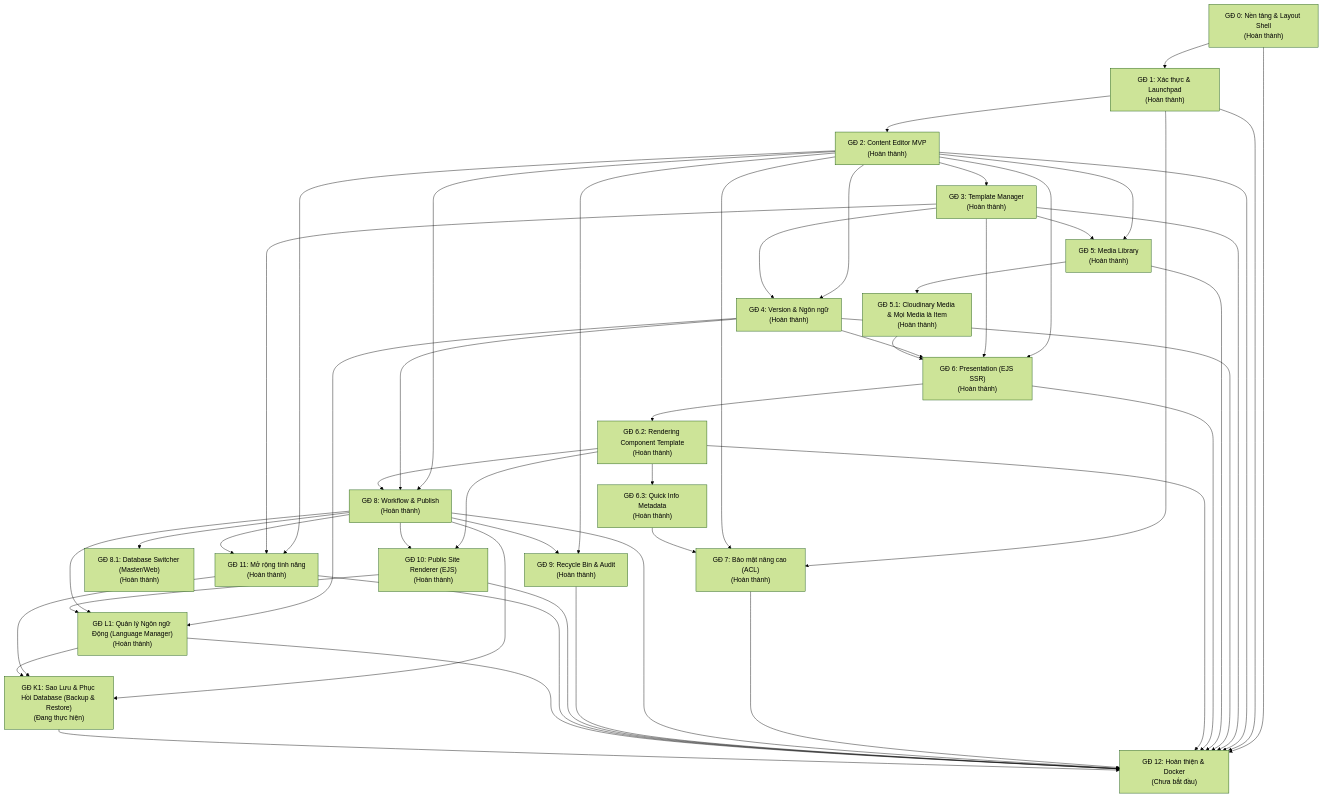
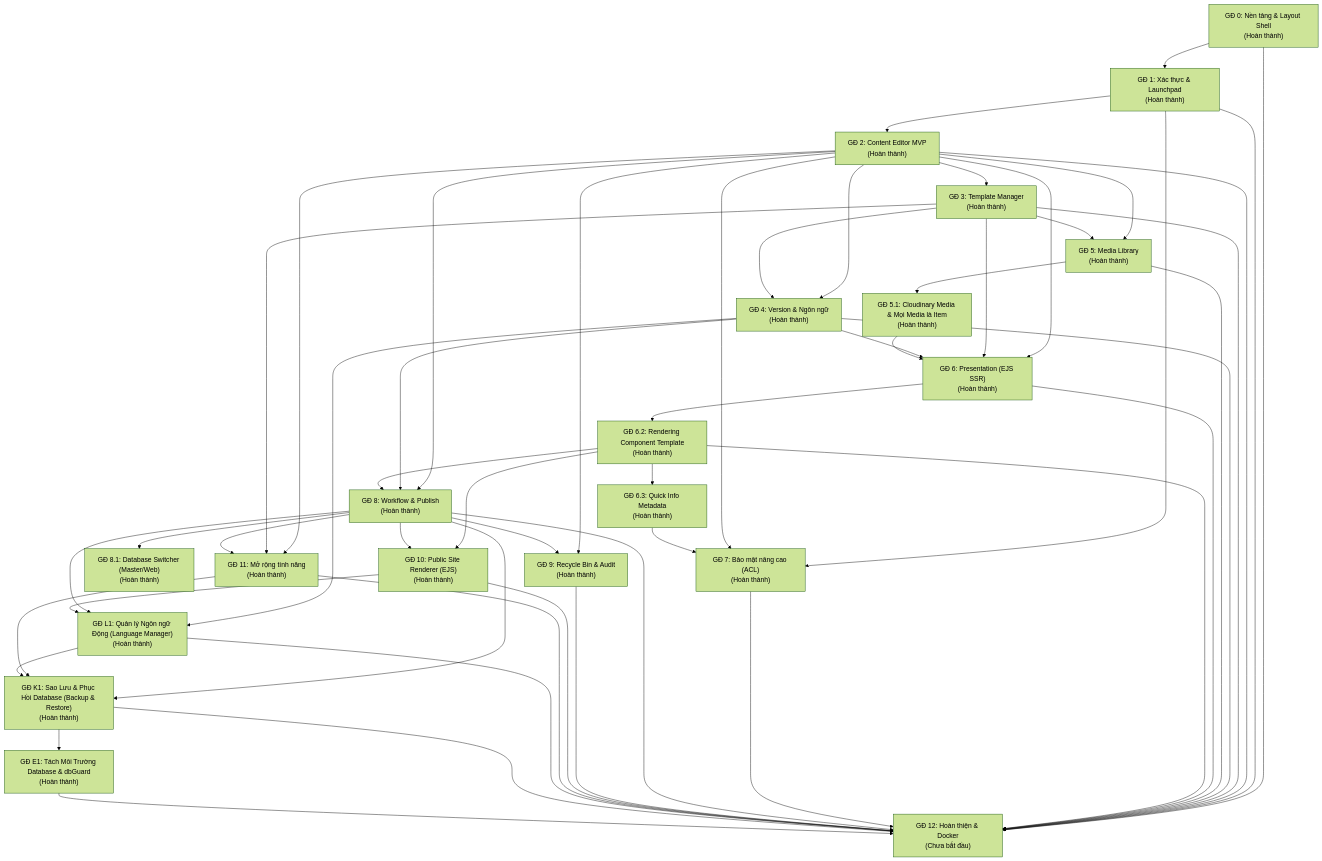
Before and after one commit to mittomao/Admin-CMS: the diagram in docs/phases/README.md, drawn with Mermaid (forest theme). The commit also changed other lines of this file and 29 other files, not shown here.

````diff
--- a/docs/phases/README.md
+++ b/docs/phases/README.md
@@ -9,21 +9,22 @@
 ```mermaid
 flowchart TD
     GD0["GĐ 0: Nền tảng & Layout Shell<br/>(Hoàn thành)"] --> GD1["GĐ 1: Xác thực & Launchpad<br/>(Hoàn thành)"]
     GD1 --> GD2["GĐ 2: Content Editor MVP<br/>(Hoàn thành)"]
     GD2 --> GD3["GĐ 3: Template Manager<br/>(Hoàn thành)"]
     GD2 & GD3 --> GD4["GĐ 4: Version & Ngôn ngữ<br/>(Hoàn thành)"]
     GD2 & GD3 --> GD5["GĐ 5: Media Library<br/>(Hoàn thành)"]
     GD5 --> GD5_1["GĐ 5.1: Cloudinary Media & Mọi Media là Item<br/>(Hoàn thành)"]
     GD2 & GD3 & GD4 & GD5_1 --> GD6["GĐ 6: Presentation (EJS SSR)<br/>(Hoàn thành)"]
     GD6 --> GD6_2["GĐ 6.2: Rendering Component Template<br/>(Hoàn thành)"]
     GD6_2 --> GD6_3["GĐ 6.3: Quick Info Metadata<br/>(Hoàn thành)"]
     GD1 & GD2 & GD6_3 --> GD7["GĐ 7: Bảo mật nâng cao (ACL)<br/>(Hoàn thành)"]
     GD2 & GD4 & GD6_2 --> GD8["GĐ 8: Workflow & Publish<br/>(Hoàn thành)"]
     GD8 --> GD8_1["GĐ 8.1: Database Switcher (Master/Web)<br/>(Hoàn thành)"]
     GD2 & GD8 --> GD9["GĐ 9: Recycle Bin & Audit<br/>(Hoàn thành)"]
     GD6_2 & GD8 --> GD10["GĐ 10: Public Site Renderer (EJS)<br/>(Hoàn thành)"]
     GD2 & GD3 & GD8 --> GD11["GĐ 11: Mở rộng tính năng<br/>(Hoàn thành)"]
     GD4 & GD8 & GD10 --> GDL1["GĐ L1: Quản lý Ngôn ngữ Động (Language Manager)<br/>(Hoàn thành)"]
-    GD8 & GD11 & GDL1 --> GDK1["GĐ K1: Sao Lưu & Phục Hồi Database (Backup & Restore)<br/>(Đang thực hiện)"]
-    GD0 & GD1 & GD2 & GD3 & GD4 & GD5 & GD6 & GD6_2 & GD7 & GD8 & GD9 & GD10 & GD11 & GDL1 & GDK1 --> GD12["GĐ 12: Hoàn thiện & Docker<br/>(Chưa bắt đầu)"]
+    GD8 & GD11 & GDL1 --> GDK1["GĐ K1: Sao Lưu & Phục Hồi Database (Backup & Restore)<br/>(Hoàn thành)"]
+    GDK1 --> GDE1["GĐ E1: Tách Môi Trường Database & dbGuard<br/>(Hoàn thành)"]
+    GD0 & GD1 & GD2 & GD3 & GD4 & GD5 & GD6 & GD6_2 & GD7 & GD8 & GD9 & GD10 & GD11 & GDL1 & GDK1 & GDE1 --> GD12["GĐ 12: Hoàn thiện & Docker<br/>(Chưa bắt đầu)"]
 ```
````
